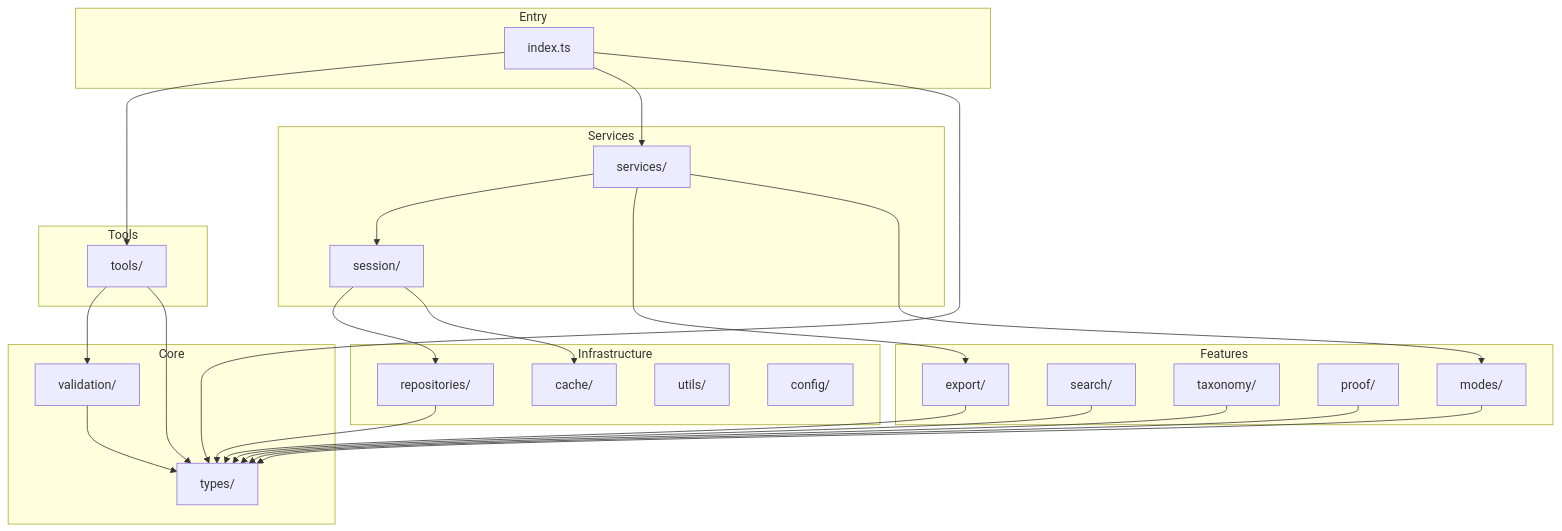
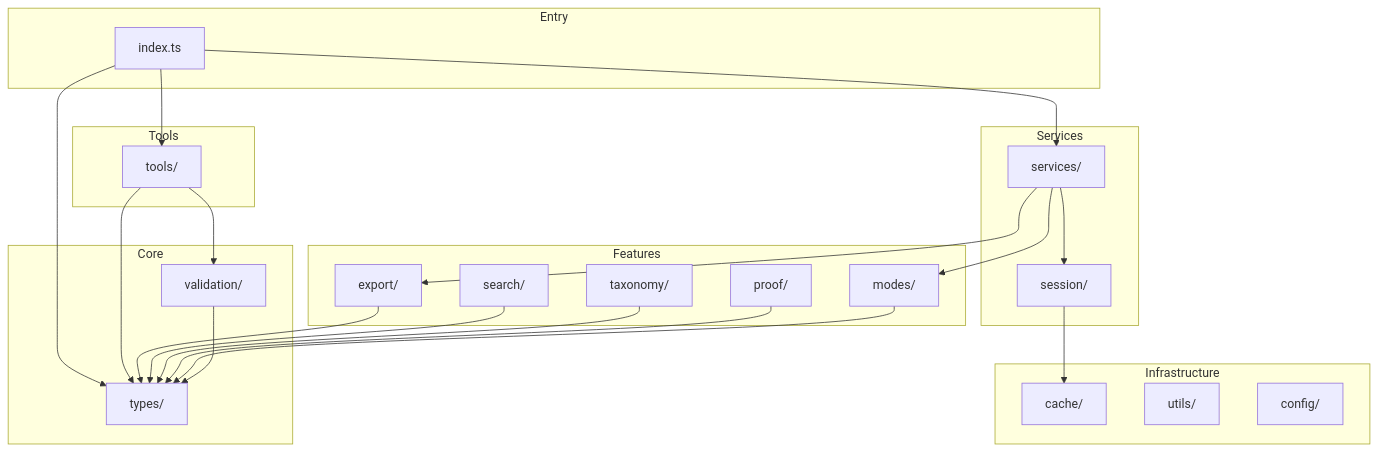
One commit to danielsimonjr/deepthinking-mcp changed the diagram in docs/architecture/DIRECTORY_STRUCTURE.md. Above: the diagram before and after it, drawn with Mermaid. The commit also changed other lines of this file and 6 other files, not shown here.

````diff
--- a/docs/architecture/DIRECTORY_STRUCTURE.md
+++ b/docs/architecture/DIRECTORY_STRUCTURE.md
@@ -282,58 +262,55 @@
 ```mermaid
 graph TD
     subgraph "Entry"
         INDEX[index.ts]
     end
 
     subgraph "Tools"
         TOOLS[tools/]
     end
 
     subgraph "Services"
         SERVICES[services/]
         SESSION[session/]
     end
 
     subgraph "Core"
         TYPES[types/]
         VALIDATION[validation/]
     end
 
     subgraph "Features"
         EXPORT[export/]
         SEARCH[search/]
         TAXONOMY[taxonomy/]
         PROOF[proof/]
         MODES[modes/]
     end
 
     subgraph "Infrastructure"
-        REPOS[repositories/]
         CACHE[cache/]
         UTILS[utils/]
         CONFIG[config/]
     end
 
     INDEX --> TOOLS
     INDEX --> SERVICES
     INDEX --> TYPES
 
     TOOLS --> VALIDATION
     TOOLS --> TYPES
 
     SERVICES --> SESSION
     SERVICES --> EXPORT
     SERVICES --> MODES
 
-    SESSION --> REPOS
     SESSION --> CACHE
 
     EXPORT --> TYPES
     SEARCH --> TYPES
     TAXONOMY --> TYPES
     PROOF --> TYPES
     MODES --> TYPES
 
     VALIDATION --> TYPES
-    REPOS --> TYPES
 ```
````
